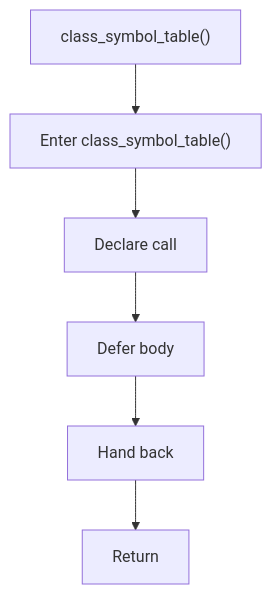
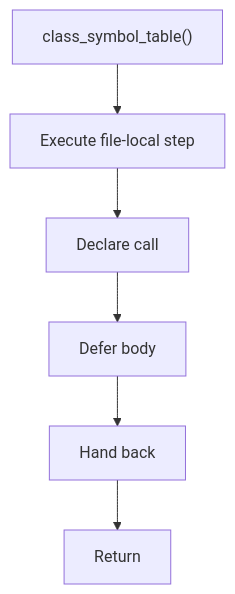
One commit to JohnAndrewBalbarosa/NeoTerritory changed the diagram in docs/Codebase/Microservice/Modules/Header/SyntacticBrokenAST/Analysis/ImplementationUse/Binding/Symbols/Flow/functions/class_symbol_table.hpp.md. Above: the diagram before and after it, drawn with Mermaid. The commit also changed other lines of this file and 925 other files, not shown here.

````diff
--- a/docs/Codebase/Microservice/Modules/Header/SyntacticBrokenAST/Analysis/ImplementationUse/Binding/Symbols/Flow/functions/class_symbol_table.hpp.md
+++ b/docs/Codebase/Microservice/Modules/Header/SyntacticBrokenAST/Analysis/ImplementationUse/Binding/Symbols/Flow/functions/class_symbol_table.hpp.md
@@ -16,14 +16,14 @@
 ```mermaid
 flowchart TD
     Start["class_symbol_table()"]
-    N0["Enter class_symbol_table()"]
+    N0["Execute file-local step"]
     N1["Declare call"]
     N2["Defer body"]
     N3["Hand back"]
     End["Return"]
     Start --> N0
     N0 --> N1
     N1 --> N2
     N2 --> N3
     N3 --> End
 ```
````
